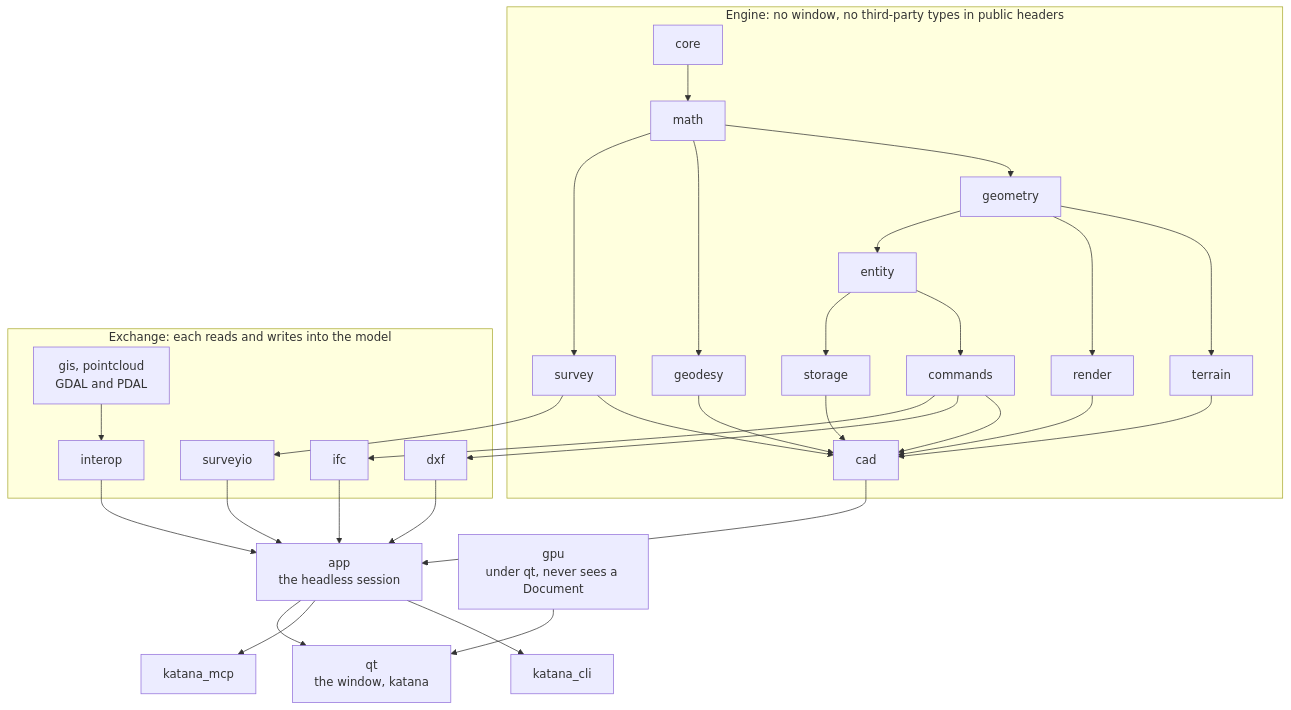
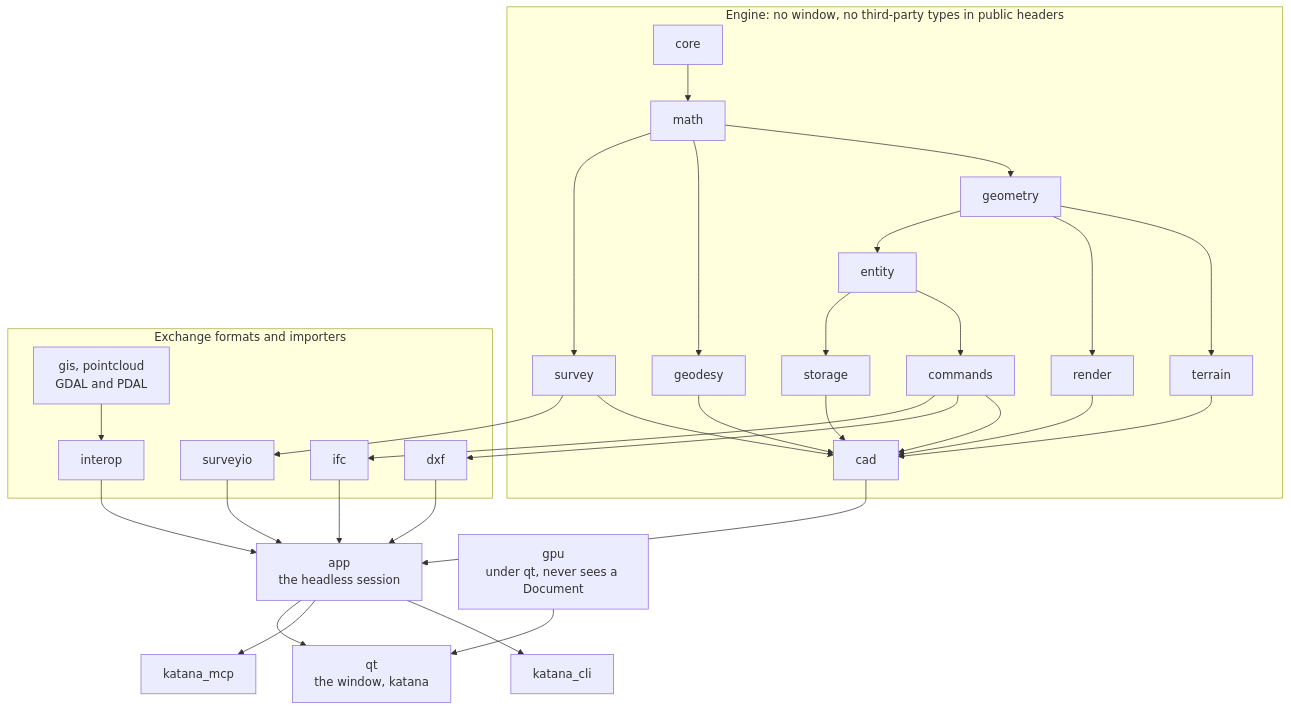
One commit to kjarada/Katana changed the diagram in README.md. Above: the diagram before and after it, drawn with Mermaid. The commit also changed other lines of this file and 8 other files, not shown here.

````diff
--- a/README.md
+++ b/README.md
@@ -272,30 +367,30 @@
 ```mermaid
 flowchart TB
     subgraph engine["Engine: no window, no third-party types in public headers"]
         core --> math --> geometry
         geometry --> terrain
         geometry --> render
         geometry --> entity
         entity --> commands --> cad
         entity --> storage --> cad
         terrain --> cad
         render --> cad
         math --> geodesy --> cad
         math --> survey --> cad
     end
-    subgraph exchange["Exchange: each reads and writes into the model"]
+    subgraph exchange["Exchange formats and importers"]
         commands --> dxf
         commands --> ifc
         survey --> surveyio
         gis["gis, pointcloud<br>GDAL and PDAL"] --> interop
     end
     cad --> app["app<br>the headless session"]
     dxf --> app
     ifc --> app
     surveyio --> app
     interop --> app
     app --> cli["katana_cli"]
     app --> mcp["katana_mcp"]
     app --> qt["qt<br>the window, katana"]
     gpu["gpu<br>under qt, never sees a Document"] --> qt
 ```
````
